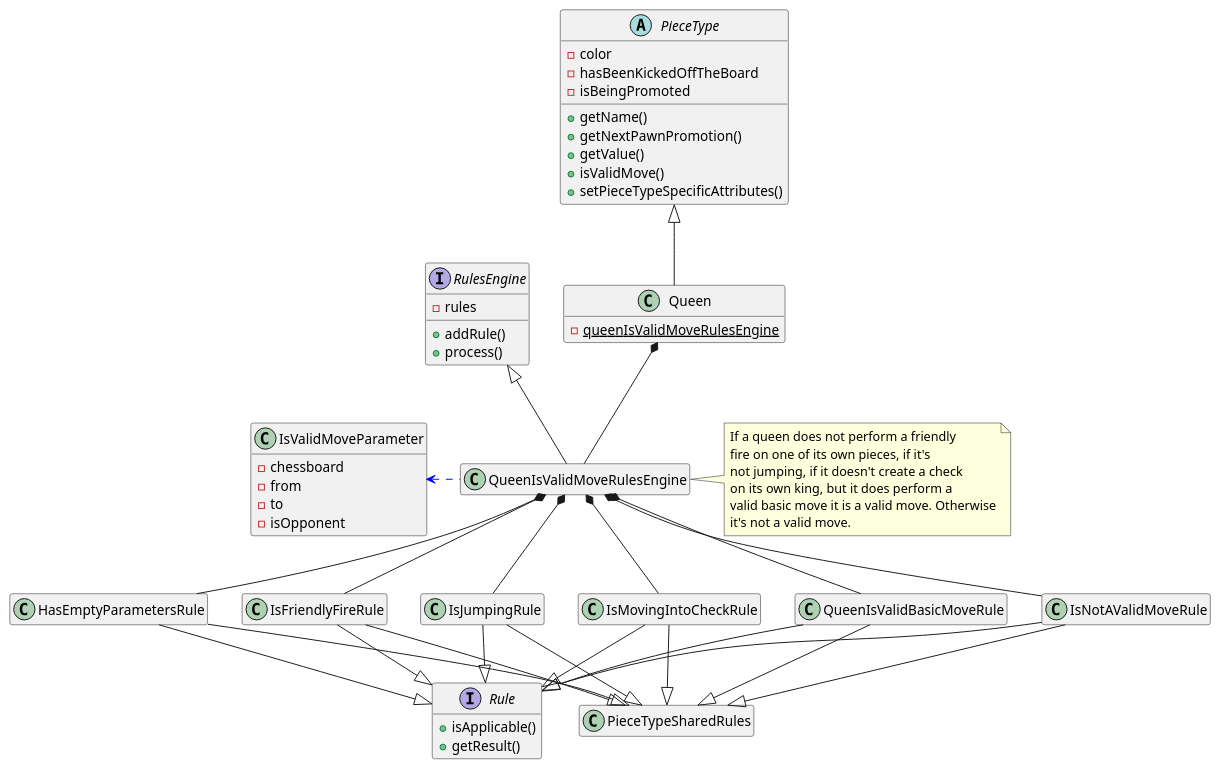
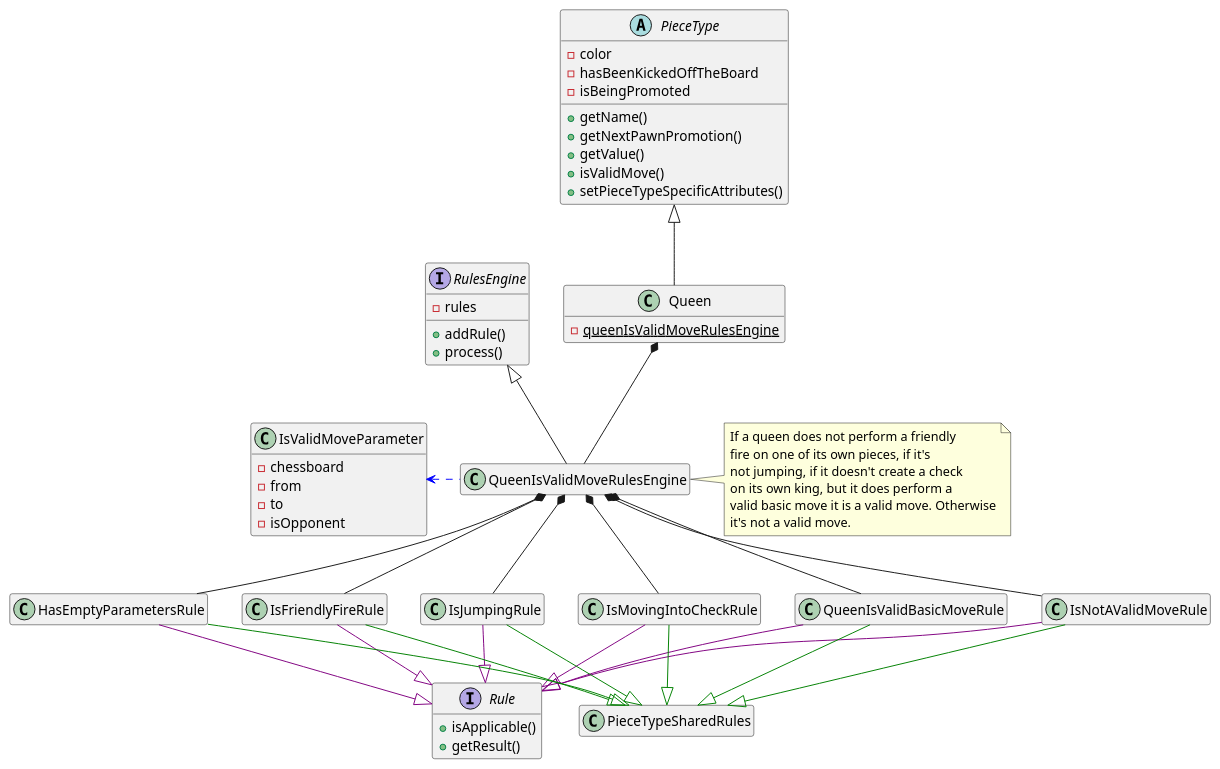
The diagram in game/src/main/resources/uml/queen.puml (tiktaalick/chess-with-database), drawn with PlantUML before and after one commit. The commit also changed 5 other files, not shown here.

Commit message:
Added colors to the class diagrams.

```diff
--- a/game/src/main/resources/uml/queen.puml
+++ b/game/src/main/resources/uml/queen.puml
@@ -1,85 +1,85 @@
 @startuml
 
 '--------------'
 'Hidden members'
 '--------------'
 hide empty members
 
 '----'
 'Move'
 '----'
 abstract class PieceType {
     - color
     - hasBeenKickedOffTheBoard
     - isBeingPromoted
     + getName()
     + getNextPawnPromotion()
     + getValue()
     + isValidMove()
     + setPieceTypeSpecificAttributes()
 }
 
 class Queen {
     - {static} queenIsValidMoveRulesEngine
 }
 
 class IsValidMoveParameter {
     - chessboard
     - from
     - to
     - isOpponent
 }
 
 interface RulesEngine {
     - rules
     + addRule()
     + process()
 }
 
 interface Rule {
     + isApplicable()
     + getResult()
 }
 
 '---------'
 'Relations'
 '---------'
 PieceType <|-down- Queen
 Queen *-- QueenIsValidMoveRulesEngine
 QueenIsValidMoveRulesEngine -up-|> RulesEngine
 QueenIsValidMoveRulesEngine .left[#blue].> IsValidMoveParameter
 
 HasEmptyParametersRule -up-* QueenIsValidMoveRulesEngine
 IsFriendlyFireRule -up-* QueenIsValidMoveRulesEngine
 IsJumpingRule -up-* QueenIsValidMoveRulesEngine
 IsMovingIntoCheckRule -up-* QueenIsValidMoveRulesEngine
 QueenIsValidBasicMoveRule -up-* QueenIsValidMoveRulesEngine
 IsNotAValidMoveRule -up-* QueenIsValidMoveRulesEngine
 
-HasEmptyParametersRule --|> Rule
-IsFriendlyFireRule --|> Rule
-IsJumpingRule --|> Rule
-IsMovingIntoCheckRule --|> Rule
-QueenIsValidBasicMoveRule --|> Rule
-IsNotAValidMoveRule --|> Rule
+HasEmptyParametersRule -down[#purple]-|> Rule
+IsFriendlyFireRule -down[#purple]-|> Rule
+IsJumpingRule -down[#purple]-|> Rule
+IsMovingIntoCheckRule -down[#purple]-|> Rule
+QueenIsValidBasicMoveRule -down[#purple]-|> Rule
+IsNotAValidMoveRule -down[#purple]-|> Rule
 
-HasEmptyParametersRule -down-|> PieceTypeSharedRules
-IsFriendlyFireRule -down-|> PieceTypeSharedRules
-IsJumpingRule --|> PieceTypeSharedRules
-IsMovingIntoCheckRule -down-|> PieceTypeSharedRules
-QueenIsValidBasicMoveRule -down-|> PieceTypeSharedRules
-IsNotAValidMoveRule -down-|> PieceTypeSharedRules
+HasEmptyParametersRule -down[#green]-|> PieceTypeSharedRules
+IsFriendlyFireRule -down[#green]-|> PieceTypeSharedRules
+IsJumpingRule -down[#green]-|> PieceTypeSharedRules
+IsMovingIntoCheckRule -down[#green]-|> PieceTypeSharedRules
+QueenIsValidBasicMoveRule -down[#green]-|> PieceTypeSharedRules
+IsNotAValidMoveRule -down[#green]-|> PieceTypeSharedRules
 
 '-----'
 'Notes'
 '-----'
 note right of QueenIsValidMoveRulesEngine {
     If a queen does not perform a friendly
     fire on one of its own pieces, if it's
     not jumping, if it doesn't create a check
     on its own king, but it does perform a
     valid basic move it is a valid move. Otherwise
     it's not a valid move.
 }
 
 @enduml
```
